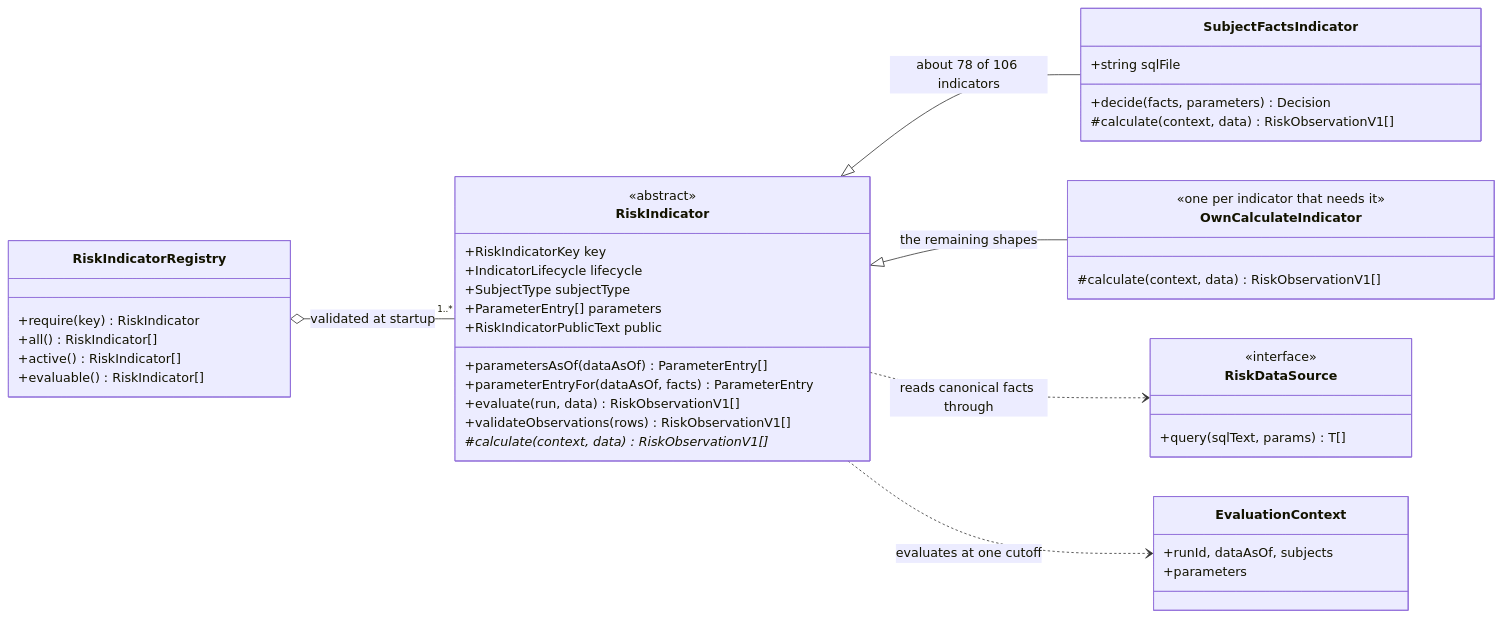
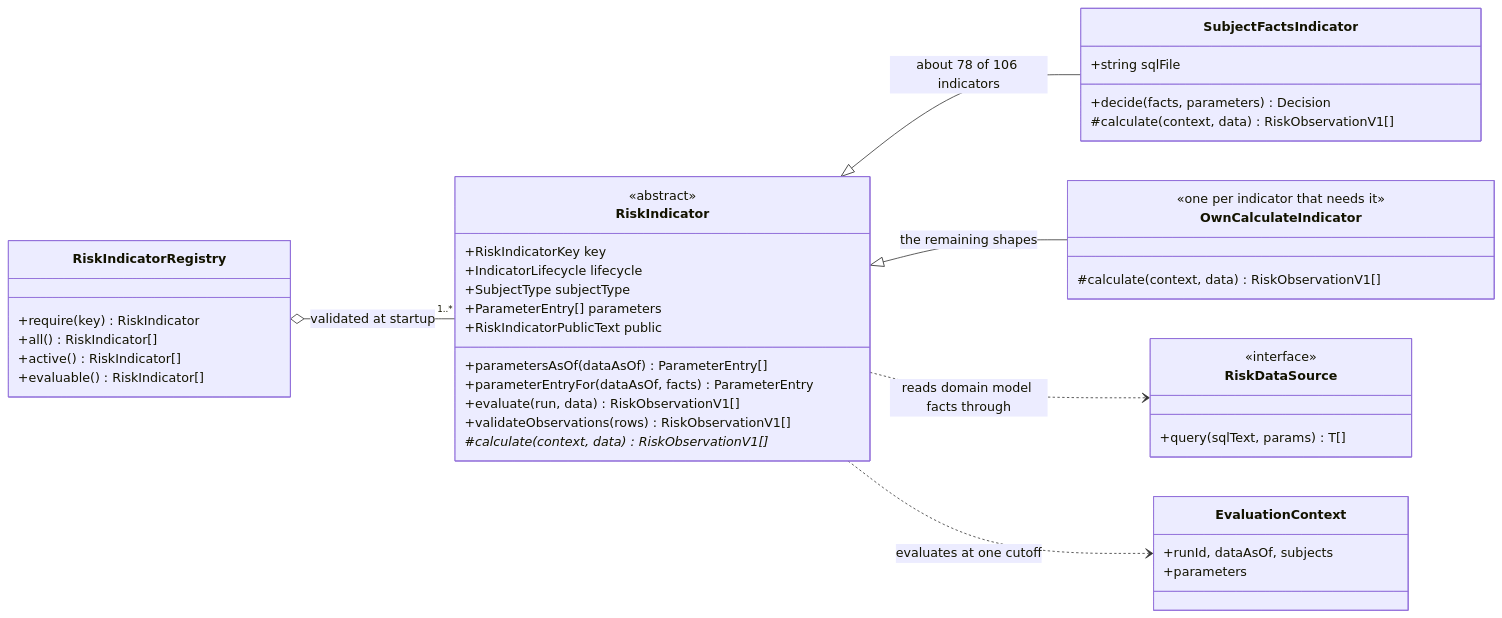
One commit to Viespirkiu-grupe/viespirkiai changed the seventh of 8 diagrams in docs/indicators-story/risk-service-architecture.md. Above: the diagram before and after it, drawn with Mermaid. The commit also changed other lines of this file and 9 other files, not shown here.

Commit message:
added missing domain model entities

````diff
--- a/docs/indicators-story/risk-service-architecture.md
+++ b/docs/indicators-story/risk-service-architecture.md
@@ -1098,52 +1094,52 @@
 ```mermaid
 classDiagram
     direction LR
 
     class RiskIndicator {
         <<abstract>>
         +RiskIndicatorKey key
         +IndicatorLifecycle lifecycle
         +SubjectType subjectType
         +ParameterEntry[] parameters
         +RiskIndicatorPublicText public
         +parametersAsOf(dataAsOf) ParameterEntry[]
         +parameterEntryFor(dataAsOf, facts) ParameterEntry
         +evaluate(run, data) RiskObservationV1[]
         +validateObservations(rows) RiskObservationV1[]
         #calculate(context, data)* RiskObservationV1[]
     }
 
     class SubjectFactsIndicator {
         +string sqlFile
         +decide(facts, parameters) Decision
         #calculate(context, data) RiskObservationV1[]
     }
 
     class OwnCalculateIndicator {
         <<one per indicator that needs it>>
         #calculate(context, data) RiskObservationV1[]
     }
 
     class RiskIndicatorRegistry {
         +require(key) RiskIndicator
         +all() RiskIndicator[]
         +active() RiskIndicator[]
         +evaluable() RiskIndicator[]
     }
 
     class RiskDataSource {
         <<interface>>
         +query(sqlText, params) T[]
     }
 
     class EvaluationContext {
         +runId, dataAsOf, subjects
         +parameters
     }
 
     RiskIndicator <|-- SubjectFactsIndicator : about 78 of 106 indicators
     RiskIndicator <|-- OwnCalculateIndicator : the remaining shapes
     RiskIndicatorRegistry o-- "1..*" RiskIndicator : validated at startup
-    RiskIndicator ..> RiskDataSource : reads canonical facts through
+    RiskIndicator ..> RiskDataSource : reads domain model facts through
     RiskIndicator ..> EvaluationContext : evaluates at one cutoff
 ```
````
